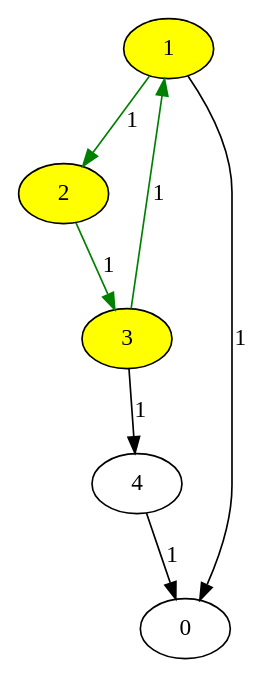
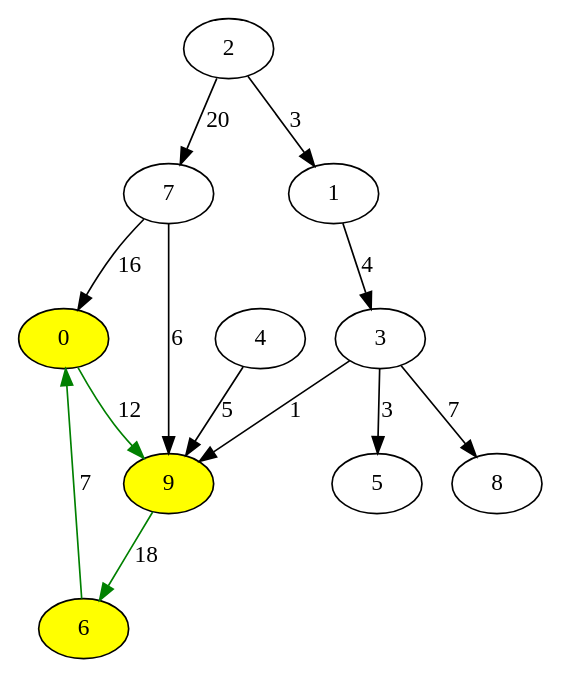
Before and after one commit to quanganhquanganh/Discrete-Maths-Graph-Library: the diagram in files/dag.dot, drawn with Graphviz. The commit also changed 23 other files, not shown here.

```diff
--- a/files/dag.dot
+++ b/files/dag.dot
@@ -1,11 +1,17 @@
 digraph {
-	1 [fillcolor = yellow, style = filled];
-	2 [fillcolor = yellow, style = filled];
-	3 [fillcolor = yellow, style = filled];
-	1 -> 0[label= 1];
-	1 -> 2[label= 1,color = green, genwidth = 2.0]
-	2 -> 3[label= 1,color = green, genwidth = 2.0]
-	3 -> 1[label= 1,color = green, genwidth = 2.0]
-	3 -> 4[label= 1];
-	4 -> 0[label= 1];
+	0 [fillcolor = yellow, style = filled];
+	6 [fillcolor = yellow, style = filled];
+	9 [fillcolor = yellow, style = filled];
+	0 -> 9[label= 12,color = green, genwidth = 2.0]
+	1 -> 3[label= 4];
+	2 -> 1[label= 3];
+	2 -> 7[label= 20];
+	3 -> 5[label= 3];
+	3 -> 8[label= 7];
+	3 -> 9[label= 1];
+	4 -> 9[label= 5];
+	6 -> 0[label= 7,color = green, genwidth = 2.0]
+	7 -> 0[label= 16];
+	7 -> 9[label= 6];
+	9 -> 6[label= 18,color = green, genwidth = 2.0]
 }
```
